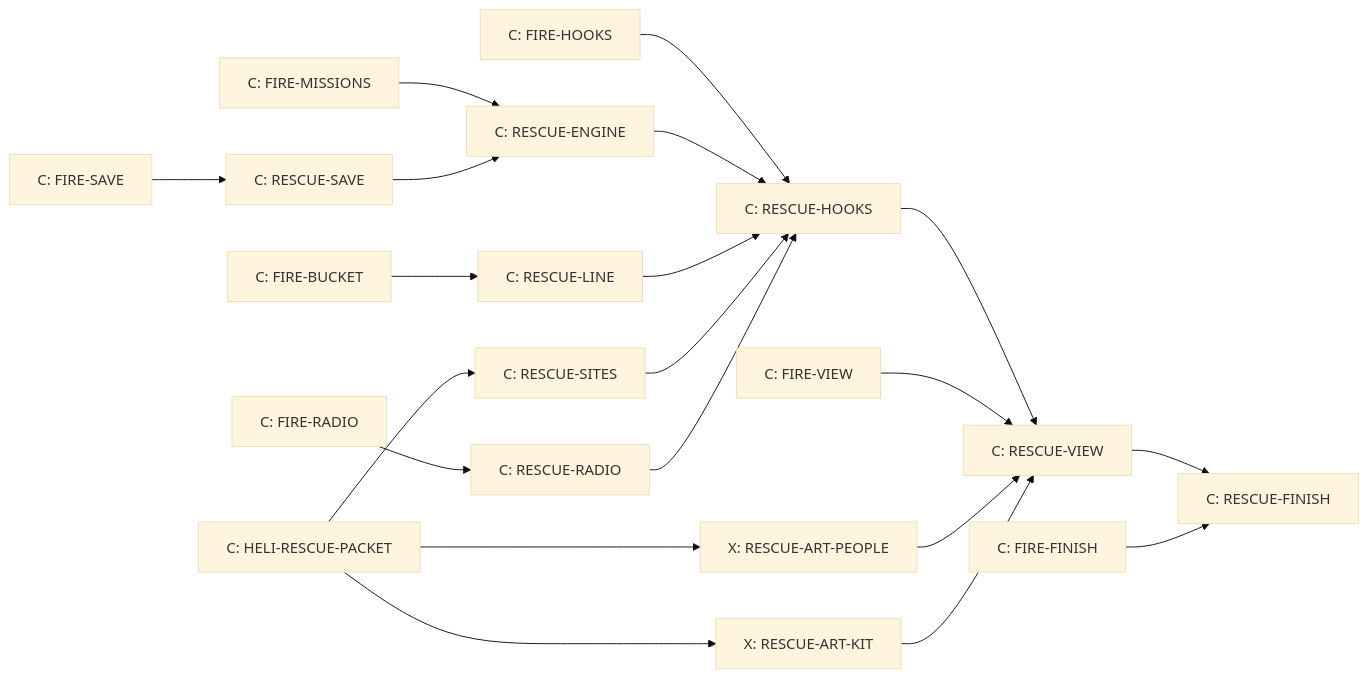
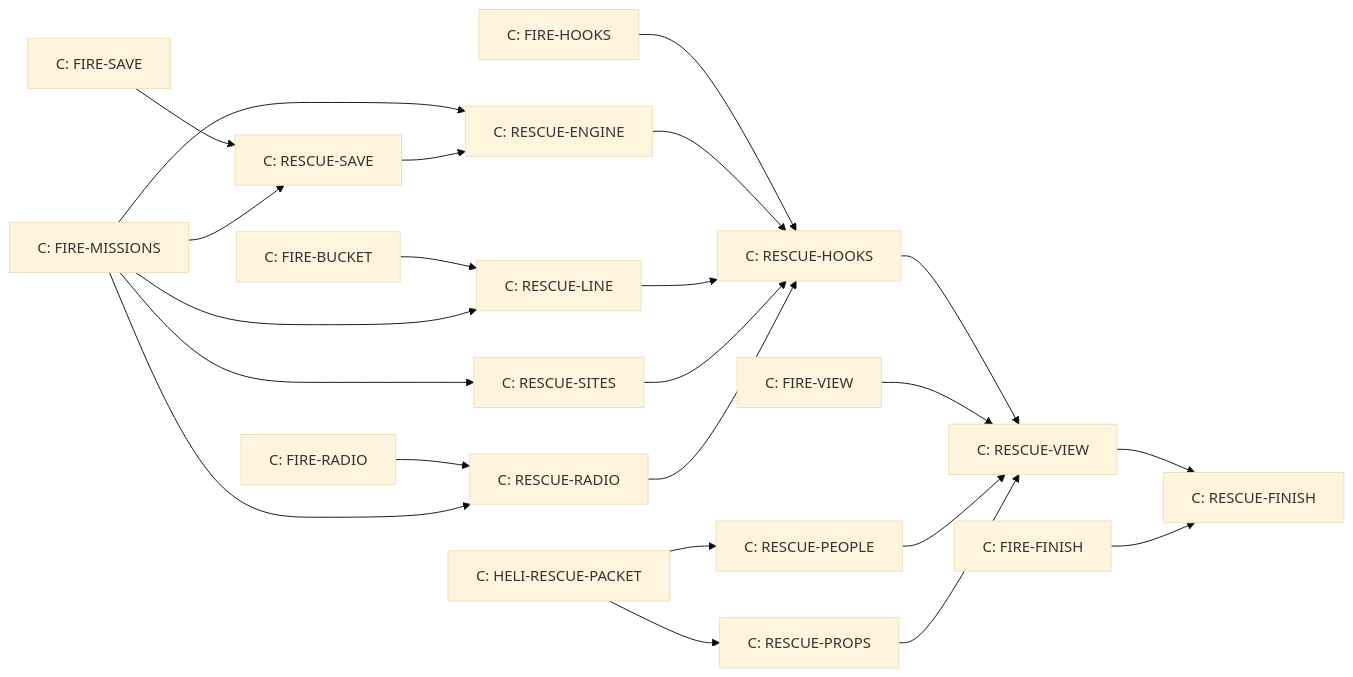
One commit to Dukes0O/the-duel-remake changed the diagram in docs/HELI_RESCUE.md. Above: the diagram before and after it, drawn with Mermaid (base theme). The commit also changed other lines of this file and 12 other files, not shown here.

First line of the commit message:
HELI-RESCUE-PACKET: Summit supply run, skin gear, Claude Blender art

````diff
--- a/docs/HELI_RESCUE.md
+++ b/docs/HELI_RESCUE.md
@@ -438,13 +495,13 @@
 ```mermaid
 flowchart LR
-  P[C: HELI-RESCUE-PACKET] --> AP[X: RESCUE-ART-PEOPLE]
-  P --> AK[X: RESCUE-ART-KIT]
-  P --> ST[C: RESCUE-SITES]
-  FS[C: FIRE-SAVE] --> SV[C: RESCUE-SAVE]
-  FB[C: FIRE-BUCKET] --> LN[C: RESCUE-LINE]
-  FM[C: FIRE-MISSIONS] & SV --> EN[C: RESCUE-ENGINE]
-  FR[C: FIRE-RADIO] --> RD[C: RESCUE-RADIO]
+  P[C: HELI-RESCUE-PACKET] --> PE[C: RESCUE-PEOPLE]
+  P --> PR[C: RESCUE-PROPS]
+  FM[C: FIRE-MISSIONS] --> ST[C: RESCUE-SITES]
+  FS[C: FIRE-SAVE] & FM --> SV[C: RESCUE-SAVE]
+  FB[C: FIRE-BUCKET] & FM --> LN[C: RESCUE-LINE]
+  FM & SV --> EN[C: RESCUE-ENGINE]
+  FR[C: FIRE-RADIO] & FM --> RD[C: RESCUE-RADIO]
   FH[C: FIRE-HOOKS] & EN & LN & ST & RD --> HK[C: RESCUE-HOOKS]
-  HK & FV[C: FIRE-VIEW] & AP & AK --> VW[C: RESCUE-VIEW]
+  HK & FV[C: FIRE-VIEW] & PE & PR --> VW[C: RESCUE-VIEW]
   VW & FF[C: FIRE-FINISH] --> FN[C: RESCUE-FINISH]
 ```
````
